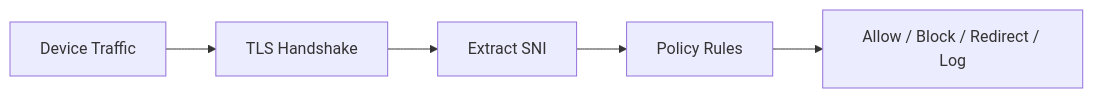
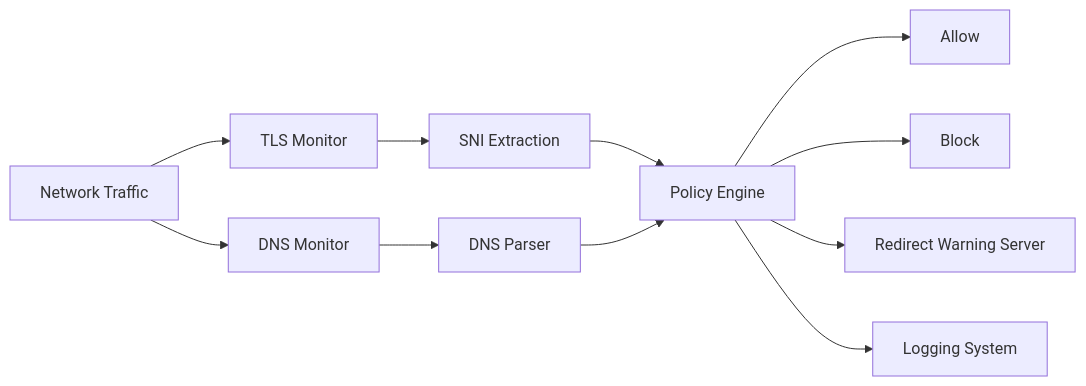
The diagram in README.md (Mossesmuwa/SNITracker), drawn with Mermaid before and after one commit. The commit also changed other lines of this file, not shown here.

````diff
--- a/README.md
+++ b/README.md
@@ -53,7 +59,16 @@
 ```mermaid
 flowchart LR
-    A[Device Traffic] --> B[TLS Handshake]
-    B --> C[Extract SNI]
-    C --> D[Policy Rules]
-    D --> E[Allow / Block / Redirect / Log]
+    A[Network Traffic] --> B[TLS Monitor]
+    A --> C[DNS Monitor]
+
+    B --> D[SNI Extraction]
+    C --> E[DNS Parser]
+
+    D --> F[Policy Engine]
+    E --> F[Policy Engine]
+
+    F --> G[Allow]
+    F --> H[Block]
+    F --> I[Redirect Warning Server]
+    F --> J[Logging System]
 ```
````
